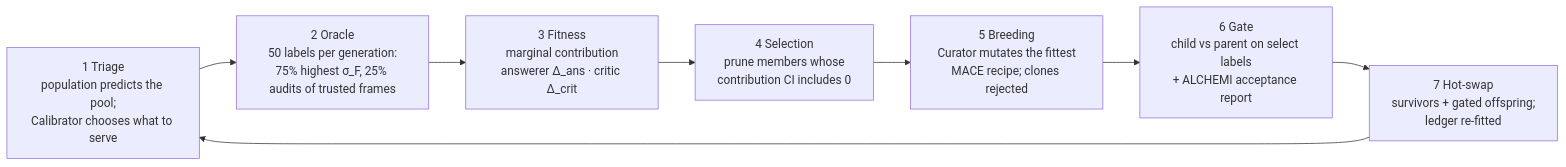
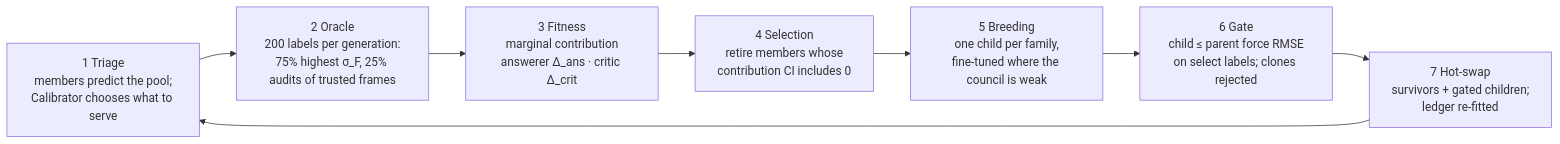
One commit to Pavel-Tk/fittest changed the second of 2 diagrams in README.md. Above: the diagram before and after it, drawn with Mermaid. The commit also changed other lines of this file and 3 other files, not shown here.

````diff
--- a/README.md
+++ b/README.md
@@ -366,10 +433,10 @@
 ```mermaid
 flowchart LR
-    T["1 Triage<br/>population predicts the pool;<br/>Calibrator chooses what to serve"] --> O["2 Oracle<br/>50 labels per generation:<br/>75% highest σ_F, 25% audits of trusted frames"]
+    T["1 Triage<br/>members predict the pool;<br/>Calibrator chooses what to serve"] --> O["2 Oracle<br/>200 labels per generation:<br/>75% highest σ_F, 25% audits of trusted frames"]
     O --> F["3 Fitness<br/>marginal contribution<br/>answerer Δ_ans · critic Δ_crit"]
-    F --> S["4 Selection<br/>prune members whose<br/>contribution CI includes 0"]
-    S --> B["5 Breeding<br/>Curator mutates the fittest<br/>MACE recipe; clones rejected"]
-    B --> G["6 Gate<br/>child vs parent on select labels<br/>+ ALCHEMI acceptance report"]
-    G --> H["7 Hot-swap<br/>survivors + gated offspring;<br/>ledger re-fitted"]
+    F --> S["4 Selection<br/>retire members whose<br/>contribution CI includes 0"]
+    S --> B["5 Breeding<br/>one child per family,<br/>fine-tuned where the council is weak"]
+    B --> G["6 Gate<br/>child ≤ parent force RMSE<br/>on select labels; clones rejected"]
+    G --> H["7 Hot-swap<br/>survivors + gated children;<br/>ledger re-fitted"]
     H --> T
 ```
````
